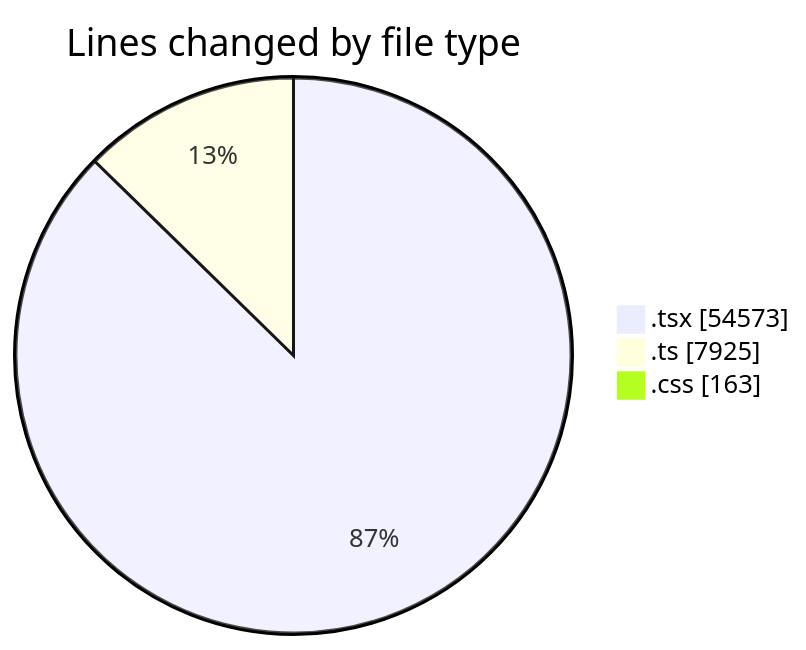
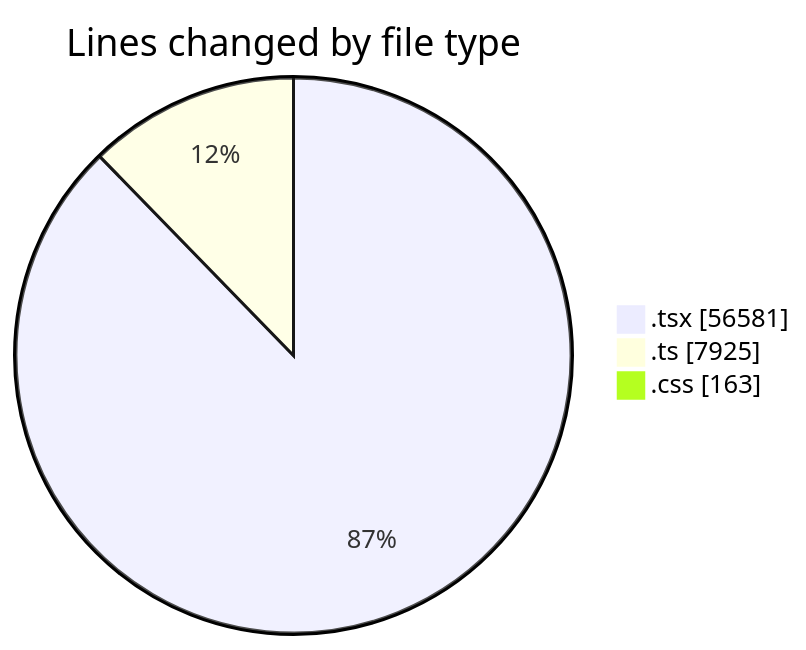
The first of 2 diagrams in 2026-08-23/nxtqube_webapp/README.md (nxtqubesakshisongat/code-tracking), drawn with Mermaid before and after one commit. The commit also changed other lines of this file and 1 other file, not shown here.

````diff
--- a/2026-08-23/nxtqube_webapp/README.md
+++ b/2026-08-23/nxtqube_webapp/README.md
@@ -120,7 +122,7 @@
 ```mermaid
 pie showData
 title Lines changed by file type
-".tsx" : 54573
+".tsx" : 56581
 ".ts" : 7925
 ".css" : 163
 ```
````
